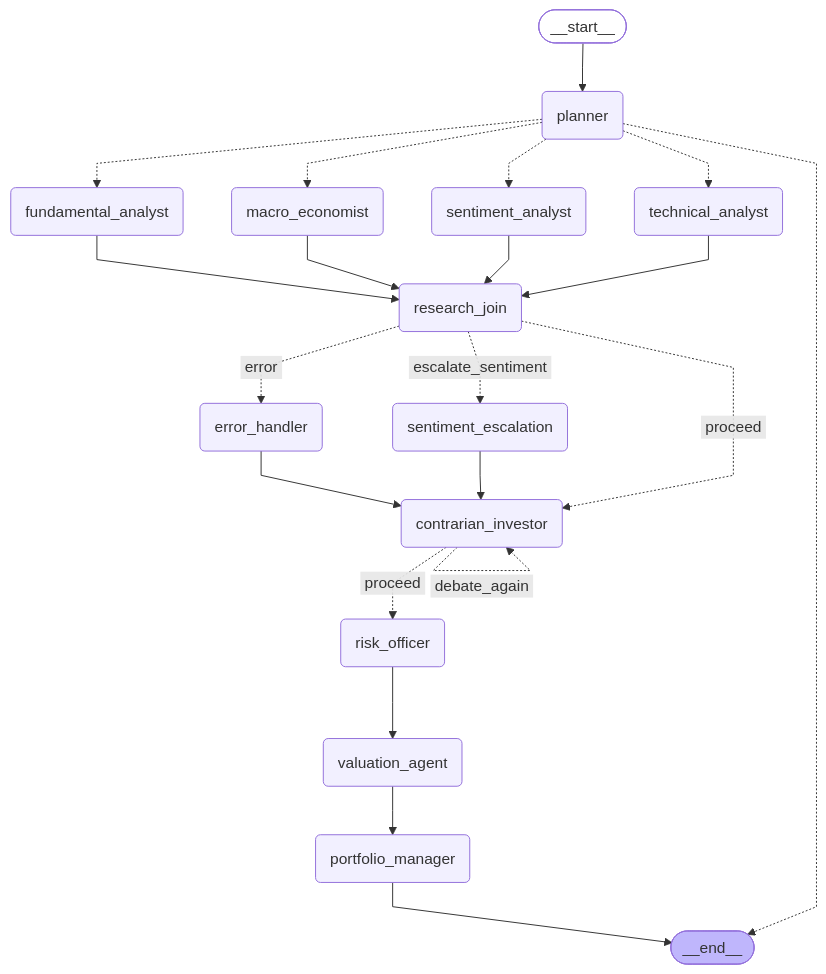
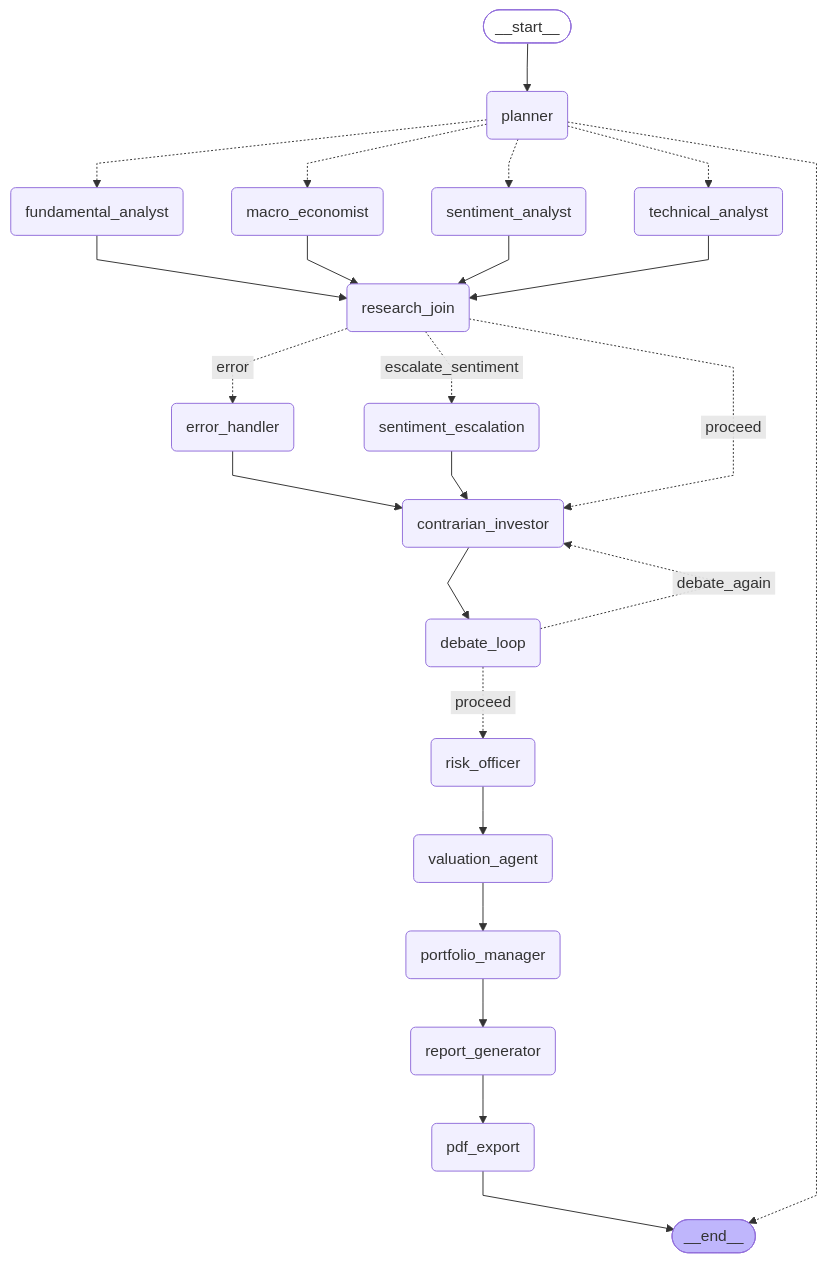
Before and after one commit to Aditya083103/AIRP---Autonomous-Investment-Research-Platform: the diagram in docs/GRAPH_DIAGRAM.md, drawn with Mermaid. The commit also changed other lines of this file and 3 other files, not shown here.

````diff
--- a/docs/GRAPH_DIAGRAM.md
+++ b/docs/GRAPH_DIAGRAM.md
@@ -29,45 +33,51 @@
 ```mermaid
 ---
 config:
   flowchart:
     curve: linear
 ---
 graph TD;
 	__start__([<p>__start__</p>]):::first
 	planner(planner)
 	fundamental_analyst(fundamental_analyst)
 	technical_analyst(technical_analyst)
 	sentiment_analyst(sentiment_analyst)
 	macro_economist(macro_economist)
 	research_join(research_join)
 	error_handler(error_handler)
 	sentiment_escalation(sentiment_escalation)
 	contrarian_investor(contrarian_investor)
+	debate_loop(debate_loop)
 	risk_officer(risk_officer)
 	valuation_agent(valuation_agent)
 	portfolio_manager(portfolio_manager)
+	report_generator(report_generator)
+	pdf_export(pdf_export)
 	__end__([<p>__end__</p>]):::last
 	__start__ --> planner;
+	contrarian_investor --> debate_loop;
 	error_handler --> contrarian_investor;
 	fundamental_analyst --> research_join;
 	macro_economist --> research_join;
-	portfolio_manager --> __end__;
+	pdf_export --> __end__;
+	portfolio_manager --> report_generator;
+	report_generator --> pdf_export;
 	risk_officer --> valuation_agent;
 	sentiment_analyst --> research_join;
 	sentiment_escalation --> contrarian_investor;
 	technical_analyst --> research_join;
 	valuation_agent --> portfolio_manager;
 	planner -.-> __end__;
 	planner -.-> fundamental_analyst;
 	planner -.-> technical_analyst;
 	planner -.-> sentiment_analyst;
 	planner -.-> macro_economist;
 	research_join -. &nbsp;error&nbsp; .-> error_handler;
 	research_join -. &nbsp;escalate_sentiment&nbsp; .-> sentiment_escalation;
 	research_join -. &nbsp;proceed&nbsp; .-> contrarian_investor;
-	contrarian_investor -. &nbsp;proceed&nbsp; .-> risk_officer;
-	contrarian_investor -. &nbsp;debate_again&nbsp; .-> contrarian_investor;
+	debate_loop -. &nbsp;debate_again&nbsp; .-> contrarian_investor;
+	debate_loop -. &nbsp;proceed&nbsp; .-> risk_officer;
 	classDef default fill:#f2f0ff,line-height:1.2
 	classDef first fill-opacity:0
 	classDef last fill:#bfb6fc
 ```
````
